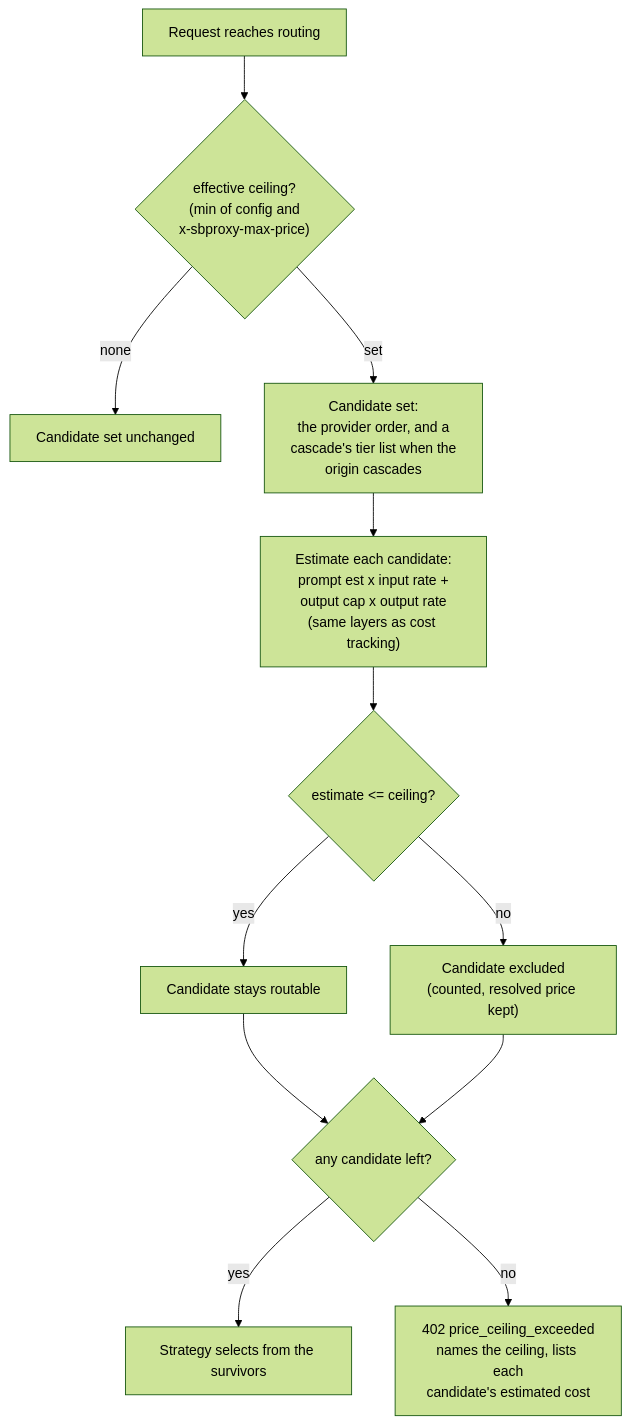
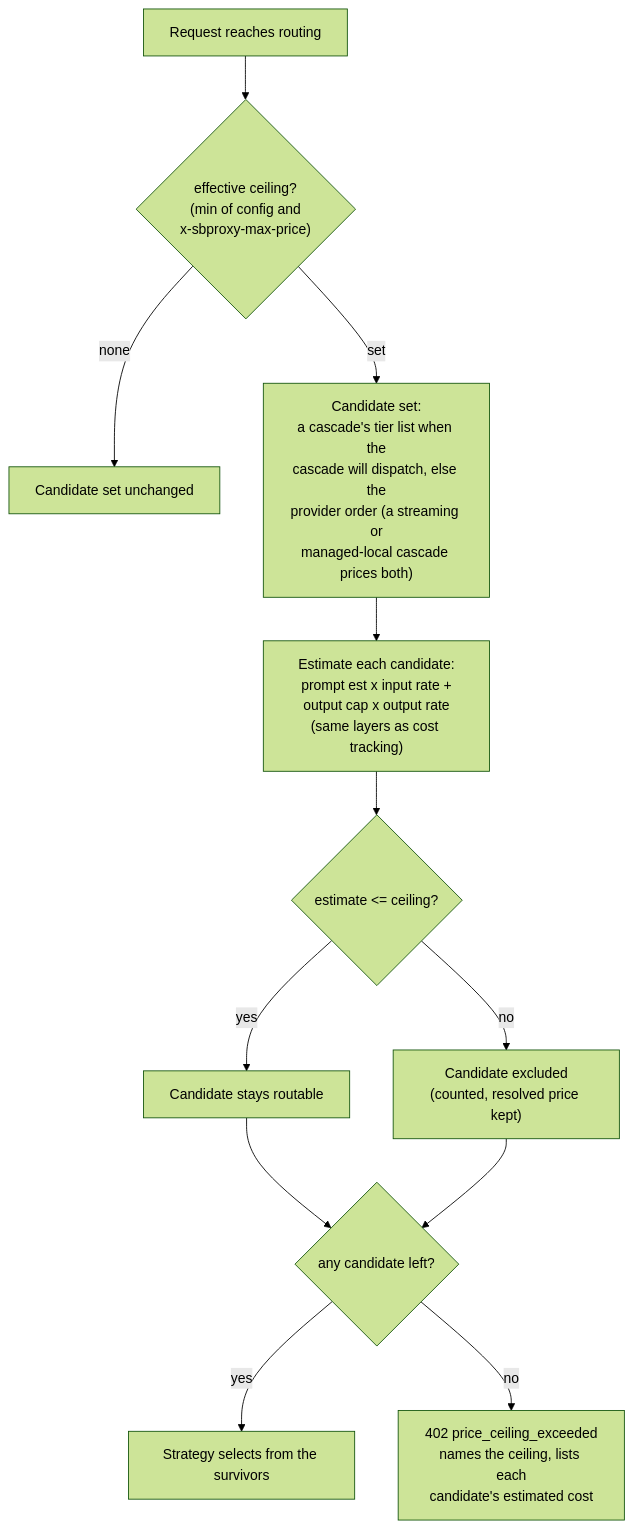
One commit to soapbucket/sbproxy changed the fourth of 5 diagrams in docs/ai-gateway.md. Above: the diagram before and after it, drawn with Mermaid (forest theme). The commit also changed other lines of this file and 7 other files, not shown here.

````diff
--- a/docs/ai-gateway.md
+++ b/docs/ai-gateway.md
@@ -1700,14 +1725,14 @@
 ```mermaid
 flowchart TD
     A[Request reaches routing] --> B{"effective ceiling?\n(min of config and\nx-sbproxy-max-price)"}
     B -->|none| G[Candidate set unchanged]
-    B -->|set| K["Candidate set:\nthe provider order, and a\ncascade's tier list when the\norigin cascades"]
+    B -->|set| K["Candidate set:\na cascade's tier list when the\ncascade will dispatch, else the\nprovider order (a streaming or\nmanaged-local cascade prices both)"]
     K --> C["Estimate each candidate:\nprompt est x input rate +\noutput cap x output rate\n(same layers as cost tracking)"]
     C --> D{estimate <= ceiling?}
     D -->|yes| E[Candidate stays routable]
     D -->|no| F["Candidate excluded\n(counted, resolved price kept)"]
     E --> H{any candidate left?}
     F --> H
     H -->|yes| I[Strategy selects from the survivors]
     H -->|no| J["402 price_ceiling_exceeded\nnames the ceiling, lists each\ncandidate's estimated cost"]
 ```
````
